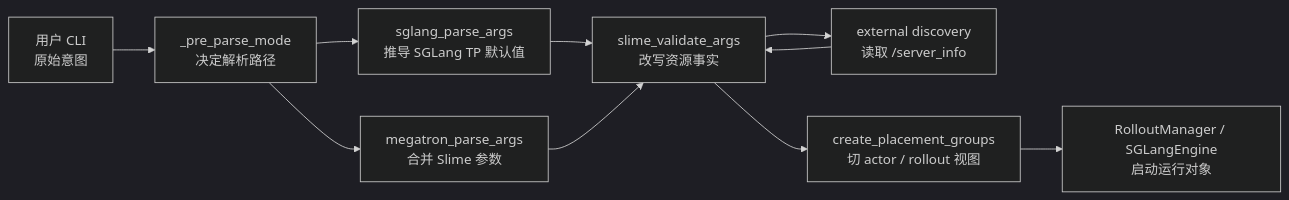
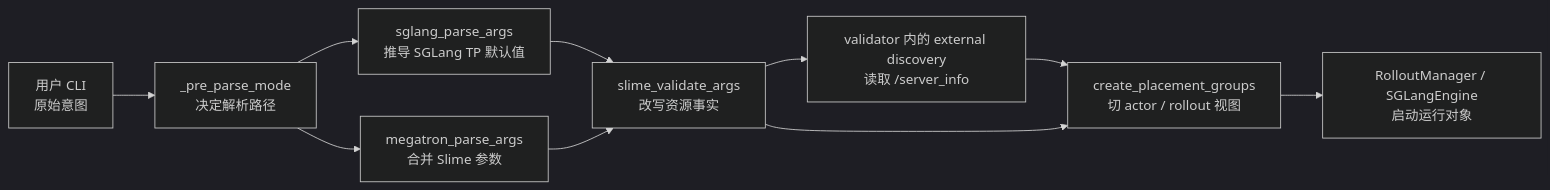
One commit to OnlyHero5/sglang-reading-vault changed the first of 2 diagrams in slime_reading/启动与入口/Ray参数/Slime-Ray参数.md. Above: the diagram before and after it, drawn with Mermaid (dark theme). The commit also changed other lines of this file and 512 other files, not shown here.

````diff
--- a/slime_reading/启动与入口/Ray参数/Slime-Ray参数.md
+++ b/slime_reading/启动与入口/Ray参数/Slime-Ray参数.md
@@ -28,21 +28,20 @@
 ```mermaid
 flowchart LR
     CLI["用户 CLI<br/>原始意图"]
     PRE["_pre_parse_mode<br/>决定解析路径"]
     SG["sglang_parse_args<br/>推导 SGLang TP 默认值"]
     MEG["megatron_parse_args<br/>合并 Slime 参数"]
     VAL["slime_validate_args<br/>改写资源事实"]
-    EXT["external discovery<br/>读取 /server_info"]
+    EXT["validator 内的 external discovery<br/>读取 /server_info"]
     PG["create_placement_groups<br/>切 actor / rollout 视图"]
     RUN["RolloutManager / SGLangEngine<br/>启动运行对象"]
 
     CLI --> PRE
     PRE --> SG
     PRE --> MEG
     SG --> VAL
     MEG --> VAL
-    VAL --> EXT
-    EXT --> VAL
+    VAL --> EXT --> PG
     VAL --> PG
     PG --> RUN
 ```
````
